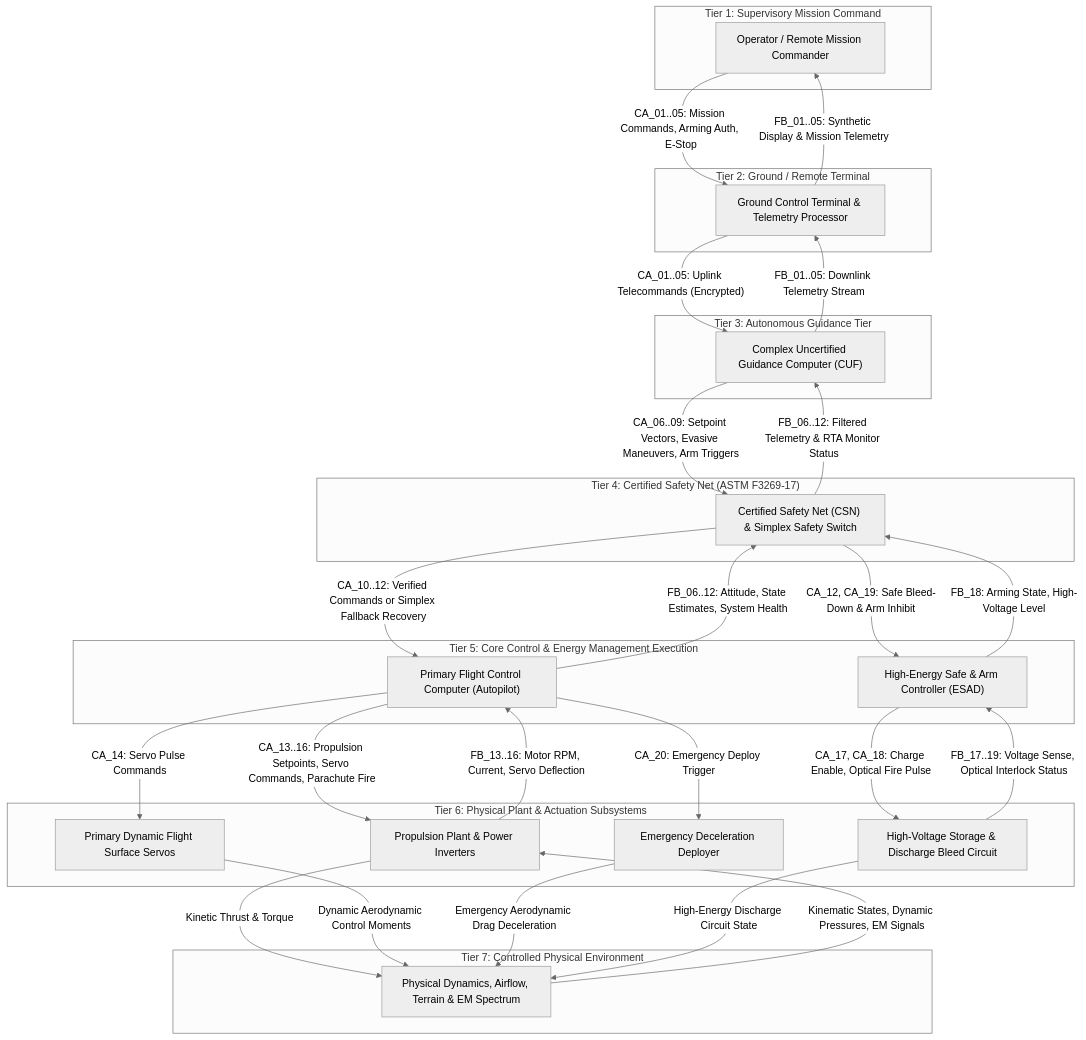
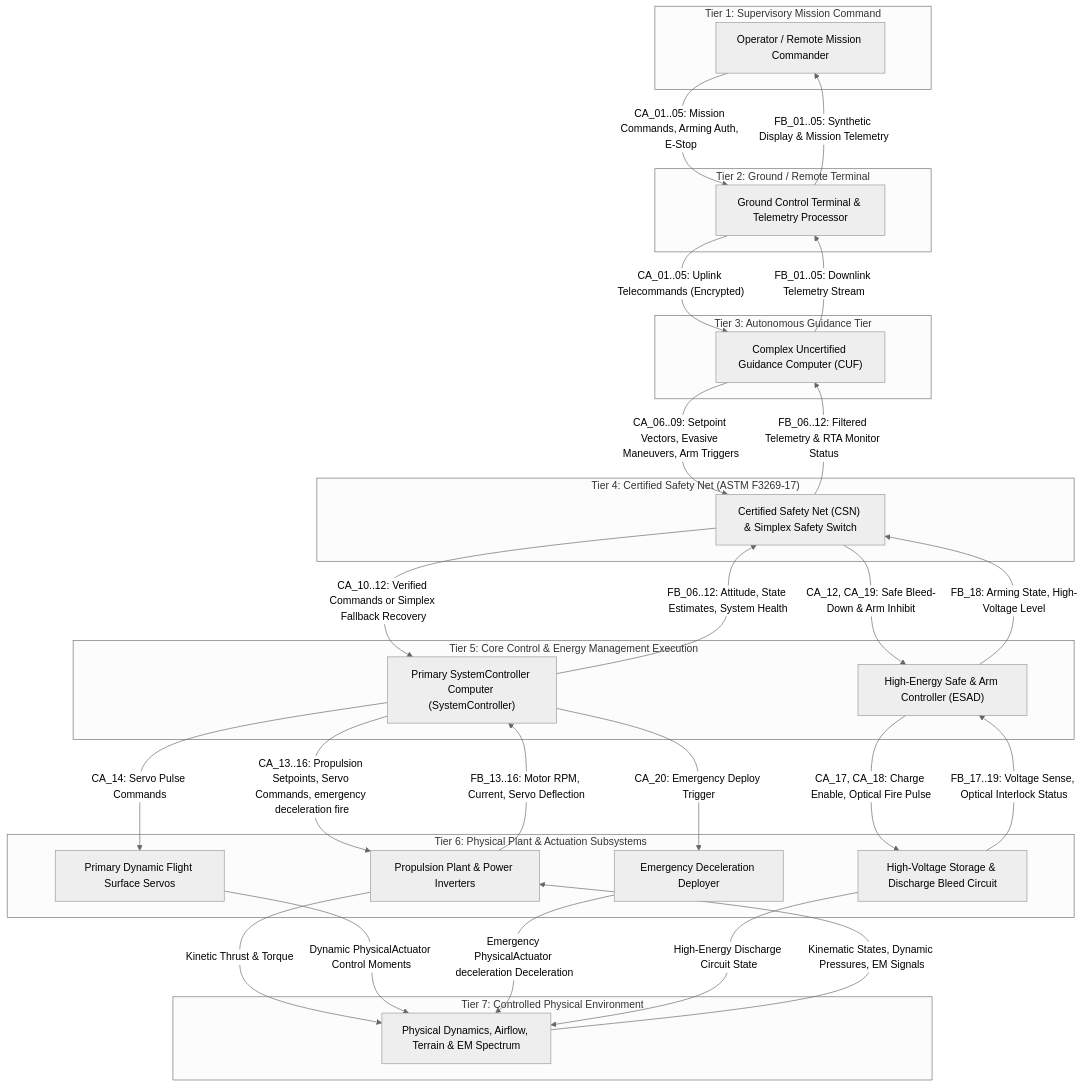
Before and after one commit to gintatkinson/DEAP01-spec-core: the fourth of 11 diagrams in docs/architecture/blueprints/DEAP_DETERMINISTIC_SAFETY_SPECIFICATION_COMPILER_BLUEPRINT.md, drawn with Mermaid (neutral theme). The commit also changed other lines of this file and 3 other files, not shown here.

````diff
--- a/docs/architecture/blueprints/DEAP_DETERMINISTIC_SAFETY_SPECIFICATION_COMPILER_BLUEPRINT.md
+++ b/docs/architecture/blueprints/DEAP_DETERMINISTIC_SAFETY_SPECIFICATION_COMPILER_BLUEPRINT.md
@@ -257,57 +257,57 @@
 ```mermaid
 flowchart TD
     subgraph "Tier 1: Supervisory Mission Command"
         T1["Operator / Remote Mission Commander"]
     end
 
     subgraph "Tier 2: Ground / Remote Terminal"
         T2["Ground Control Terminal & Telemetry Processor"]
     end
 
     subgraph "Tier 3: Autonomous Guidance Tier"
         T3["Complex Uncertified Guidance Computer (CUF)"]
     end
 
     subgraph "Tier 4: Certified Safety Net (ASTM F3269-17)"
         T4["Certified Safety Net (CSN) & Simplex Safety Switch"]
     end
 
     subgraph "Tier 5: Core Control & Energy Management Execution"
-        T5A["Primary Flight Control Computer (Autopilot)"]
+        T5A["Primary SystemController Computer (SystemController)"]
         T5B["High-Energy Safe & Arm Controller (ESAD)"]
     end
 
     subgraph "Tier 6: Physical Plant & Actuation Subsystems"
         T6A["Propulsion Plant & Power Inverters"]
         T6B["Primary Dynamic Flight Surface Servos"]
         T6C["Emergency Deceleration Deployer"]
         T6D["High-Voltage Storage & Discharge Bleed Circuit"]
     end
 
     subgraph "Tier 7: Controlled Physical Environment"
         T7["Physical Dynamics, Airflow, Terrain & EM Spectrum"]
     end
 
     T1 -->|"CA_01..05: Mission Commands, Arming Auth, E-Stop"| T2
     T2 -->|"CA_01..05: Uplink Telecommands (Encrypted)"| T3
     T3 -->|"CA_06..09: Setpoint Vectors, Evasive Maneuvers, Arm Triggers"| T4
     T4 -->|"CA_10..12: Verified Commands or Simplex Fallback Recovery"| T5A
     T4 -->|"CA_12, CA_19: Safe Bleed-Down & Arm Inhibit"| T5B
-    T5A -->|"CA_13..16: Propulsion Setpoints, Servo Commands, Parachute Fire"| T6A
+    T5A -->|"CA_13..16: Propulsion Setpoints, Servo Commands, emergency deceleration fire"| T6A
     T5A -->|"CA_14: Servo Pulse Commands"| T6B
     T5A -->|"CA_20: Emergency Deploy Trigger"| T6C
     T5B -->|"CA_17, CA_18: Charge Enable, Optical Fire Pulse"| T6D
     T6A -->|"Kinetic Thrust & Torque"| T7
-    T6B -->|"Dynamic Aerodynamic Control Moments"| T7
-    T6C -->|"Emergency Aerodynamic Drag Deceleration"| T7
+    T6B -->|"Dynamic PhysicalActuator Control Moments"| T7
+    T6C -->|"Emergency PhysicalActuator deceleration Deceleration"| T7
     T6D -->|"High-Energy Discharge Circuit State"| T7
 
     T7 -->|"Kinematic States, Dynamic Pressures, EM Signals"| T6A
     T6A -->|"FB_13..16: Motor RPM, Current, Servo Deflection"| T5A
     T6D -->|"FB_17..19: Voltage Sense, Optical Interlock Status"| T5B
     T5A -->|"FB_06..12: Attitude, State Estimates, System Health"| T4
     T5B -->|"FB_18: Arming State, High-Voltage Level"| T4
     T4 -->|"FB_06..12: Filtered Telemetry & RTA Monitor Status"| T3
     T3 -->|"FB_01..05: Downlink Telemetry Stream"| T2
     T2 -->|"FB_01..05: Synthetic Display & Mission Telemetry"| T1
 ```
````
